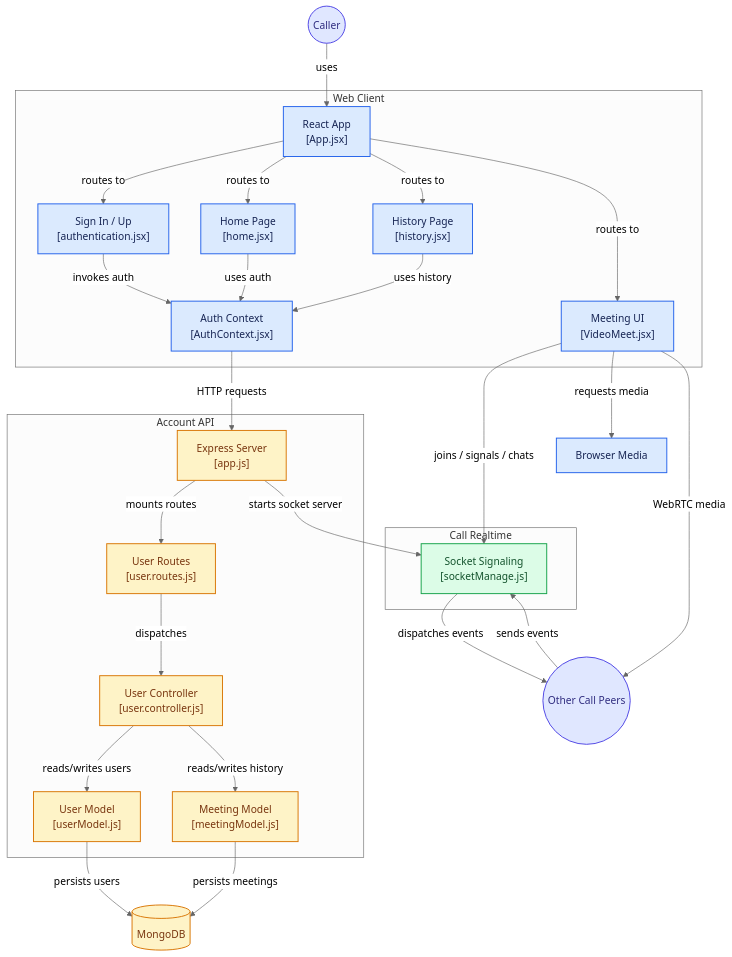
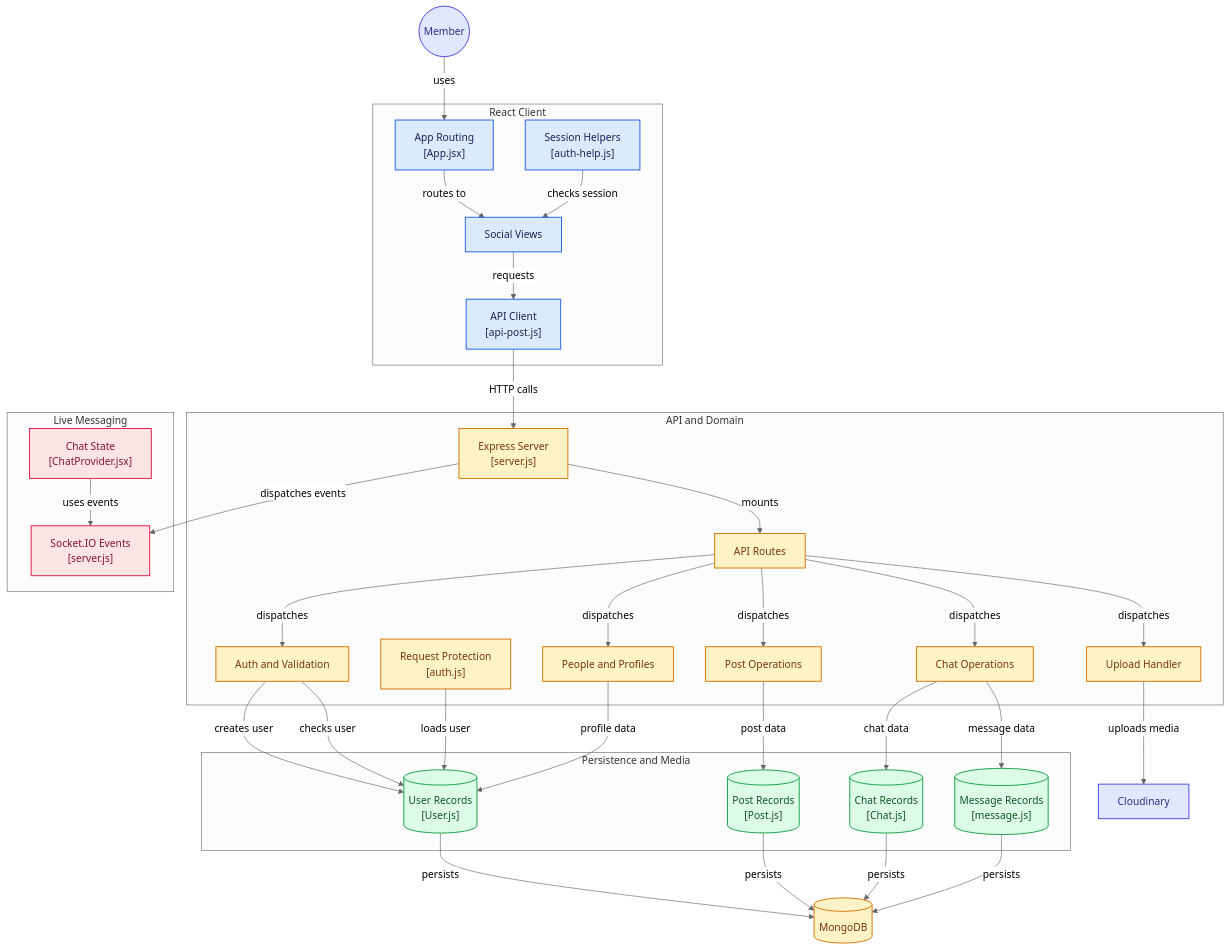
The diagram in architecture.md (yrpyash22/socila-media-plateform), drawn with Mermaid (neutral theme) before and after one commit. The commit also changed other lines of this file, not shown here.

````diff
--- a/architecture.md
+++ b/architecture.md
@@ -16,76 +16,95 @@
 ```mermaid
 flowchart TD
 
-subgraph group_client["Web Client"]
-  node_app["React App<br/>[App.jsx]"]
-  node_authpage["Sign In / Up<br/>[authentication.jsx]"]
-  node_authcontext["Auth Context<br/>[AuthContext.jsx]"]
-  node_home["Home Page<br/>[home.jsx]"]
-  node_historypage["History Page<br/>[history.jsx]"]
-  node_meeting["Meeting UI<br/>[VideoMeet.jsx]"]
+subgraph group_client["React Client"]
+  node_app["App Routing<br/>[App.jsx]"]
+  node_views["Social Views"]
+  node_clientapi["API Client<br/>[api-post.js]"]
+  node_authclient["Session Helpers<br/>[auth-help.js]"]
 end
 
-subgraph group_api["Account API"]
-  node_apiapp["Express Server<br/>[app.js]"]
-  node_routes["User Routes<br/>[user.routes.js]"]
-  node_usercontroller["User Controller<br/>[user.controller.js]"]
-  node_usermodel["User Model<br/>[userModel.js]"]
-  node_meetingmodel["Meeting Model<br/>[meetingModel.js]"]
+subgraph group_api["API and Domain"]
+  node_server["Express Server<br/>[server.js]"]
+  node_routes["API Routes"]
+  node_auth["Auth and Validation"]
+  node_posts["Post Operations"]
+  node_users["People and Profiles"]
+  node_chat["Chat Operations"]
+  node_upload["Upload Handler"]
+  node_middleware["Request Protection<br/>[auth.js]"]
 end
 
-subgraph group_realtime["Call Realtime"]
-  node_socketserver["Socket Signaling<br/>[socketManage.js]"]
+subgraph group_state["Persistence and Media"]
+  node_userstore[("User Records<br/>[User.js]")]
+  node_poststore[("Post Records<br/>[Post.js]")]
+  node_chatstore[("Chat Records<br/>[Chat.js]")]
+  node_messagestore[("Message Records<br/>[message.js]")]
 end
 
-node_user(("Caller"))
-node_browsermedia["Browser Media"]
-node_mongodb[("MongoDB")]
-node_peers(("Other Call Peers"))
+subgraph group_realtime["Live Messaging"]
+  node_socket["Socket.IO Events<br/>[server.js]"]
+  node_chatcontext["Chat State<br/>[ChatProvider.jsx]"]
+end
 
-node_user -->|"uses"| node_app
+node_member(("Member"))
+node_mongo[("MongoDB")]
+node_cloudinary["Cloudinary"]
 
-node_app -->|"routes to"| node_authpage
-node_app -->|"routes to"| node_home
-node_app -->|"routes to"| node_historypage
-node_app -->|"routes to"| node_meeting
+node_member -->|"uses"| node_app
+node_app -->|"routes to"| node_views
+node_views -->|"requests"| node_clientapi
+node_clientapi -->|"HTTP calls"| node_server
 
-node_authpage -->|"invokes auth"| node_authcontext
-node_home -->|"uses auth"| node_authcontext
-node_historypage -->|"uses history"| node_authcontext
+node_server -->|"mounts"| node_routes
 
-node_authcontext -->|"HTTP requests"| node_apiapp
+node_routes -->|"dispatches"| node_auth
+node_routes -->|"dispatches"| node_posts
+node_routes -->|"dispatches"| node_users
+node_routes -->|"dispatches"| node_chat
+node_routes -->|"dispatches"| node_upload
 
-node_apiapp -->|"mounts routes"| node_routes
-node_routes -->|"dispatches"| node_usercontroller
+node_auth -->|"creates user"| node_userstore
+node_auth -->|"checks user"| node_userstore
+node_middleware -->|"loads user"| node_userstore
 
-node_usercontroller -->|"reads/writes users"| node_usermodel
-node_usercontroller -->|"reads/writes history"| node_meetingmodel
+node_posts -->|"post data"| node_poststore
+node_users -->|"profile data"| node_userstore
+node_chat -->|"chat data"| node_chatstore
+node_chat -->|"message data"| node_messagestore
 
-node_usermodel -->|"persists users"| node_mongodb
-node_meetingmodel -->|"persists meetings"| node_mongodb
+node_userstore -->|"persists"| node_mongo
+node_poststore -->|"persists"| node_mongo
+node_chatstore -->|"persists"| node_mongo
+node_messagestore -->|"persists"| node_mongo
 
-node_apiapp -->|"starts socket server"| node_socketserver
+node_upload -->|"uploads media"| node_cloudinary
 
-node_meeting -->|"joins / signals / chats"| node_socketserver
-node_socketserver -->|"dispatches events"| node_peers
-node_peers -->|"sends events"| node_socketserver
+node_server -->|"dispatches events"| node_socket
+node_chatcontext -->|"uses events"| node_socket
 
-node_meeting -->|"requests media"| node_browsermedia
-node_meeting -->|"WebRTC media"| node_peers
+node_authclient -->|"checks session"| node_views
 
-click node_app "https://github.com/yrpyash22/video-call-app/blob/main/frontend/src/App.jsx"
-click node_authpage "https://github.com/yrpyash22/video-call-app/blob/main/frontend/src/pages/authentication.jsx"
-click node_authcontext "https://github.com/yrpyash22/video-call-app/blob/main/frontend/src/contexts/AuthContext.jsx"
-click node_home "https://github.com/yrpyash22/video-call-app/blob/main/frontend/src/pages/home.jsx"
-click node_historypage "https://github.com/yrpyash22/video-call-app/blob/main/frontend/src/pages/history.jsx"
-click node_meeting "https://github.com/yrpyash22/video-call-app/blob/main/frontend/src/pages/VideoMeet.jsx"
+click node_app "https://github.com/yrpyash22/socila-media-plateform/blob/main/FrontEnd/src/component/App.jsx"
+click node_views "https://github.com/yrpyash22/socila-media-plateform/tree/main/FrontEnd/src/component"
+click node_clientapi "https://github.com/yrpyash22/socila-media-plateform/blob/main/FrontEnd/src/api/api-post.js"
+click node_authclient "https://github.com/yrpyash22/socila-media-plateform/blob/main/FrontEnd/src/auth/auth-help.js"
 
-click node_apiapp "https://github.com/yrpyash22/video-call-app/blob/main/backend/src/app.js"
-click node_routes "https://github.com/yrpyash22/video-call-app/blob/main/backend/src/routes/user.routes.js"
-click node_usercontroller "https://github.com/yrpyash22/video-call-app/blob/main/backend/src/controllers/user.controller.js"
-click node_usermodel "https://github.com/yrpyash22/video-call-app/blob/main/backend/src/models/userModel.js"
-click node_meetingmodel "https://github.com/yrpyash22/video-call-app/blob/main/backend/src/models/meetingModel.js"
-click node_socketserver "https://github.com/yrpyash22/video-call-app/blob/main/backend/src/controllers/socketManage.js"
+click node_server "https://github.com/yrpyash22/socila-media-plateform/blob/main/server.js"
+click node_routes "https://github.com/yrpyash22/socila-media-plateform/tree/main/Routes/api"
+click node_auth "https://github.com/yrpyash22/socila-media-plateform/tree/main/Controllers/auth"
+click node_posts "https://github.com/yrpyash22/socila-media-plateform/tree/main/Controllers/Posts"
+click node_users "https://github.com/yrpyash22/socila-media-plateform/tree/main/Controllers/users"
+click node_chat "https://github.com/yrpyash22/socila-media-plateform/tree/main/Controllers/chat"
+click node_upload "https://github.com/yrpyash22/socila-media-plateform/blob/main/Controllers/upload/uploadController.js"
+click node_middleware "https://github.com/yrpyash22/socila-media-plateform/blob/main/middleware/auth.js"
+
+click node_userstore "https://github.com/yrpyash22/socila-media-plateform/blob/main/Schema/User.js"
+click node_poststore "https://github.com/yrpyash22/socila-media-plateform/blob/main/Schema/Post.js"
+click node_chatstore "https://github.com/yrpyash22/socila-media-plateform/blob/main/Schema/Chat.js"
+click node_messagestore "https://github.com/yrpyash22/socila-media-plateform/blob/main/Schema/message.js"
+
+click node_socket "https://github.com/yrpyash22/socila-media-plateform/blob/main/server.js"
+click node_chatcontext "https://github.com/yrpyash22/socila-media-plateform/blob/main/FrontEnd/src/Context/ChatProvider.jsx"
 
 classDef toneNeutral fill:#f8fafc,stroke:#334155,stroke-width:1.5px,color:#0f172a
 classDef toneBlue fill:#dbeafe,stroke:#2563eb,stroke-width:1.5px,color:#172554
@@ -95,8 +114,9 @@
 classDef toneIndigo fill:#e0e7ff,stroke:#4f46e5,stroke-width:1.5px,color:#312e81
 classDef toneTeal fill:#ccfbf1,stroke:#0f766e,stroke-width:1.5px,color:#134e4a
 
-class node_app,node_authpage,node_authcontext,node_home,node_historypage,node_meeting,node_browsermedia toneBlue
-class node_apiapp,node_routes,node_usercontroller,node_usermodel,node_meetingmodel,node_mongodb toneAmber
-class node_socketserver toneMint
-class node_user,node_peers toneIndigo
+class node_app,node_views,node_clientapi,node_authclient toneBlue
+class node_server,node_routes,node_auth,node_posts,node_users,node_chat,node_upload,node_middleware,node_mongo toneAmber
+class node_userstore,node_poststore,node_chatstore,node_messagestore toneMint
+class node_socket,node_chatcontext toneRose
+class node_member,node_cloudinary toneIndigo
 ```
````
